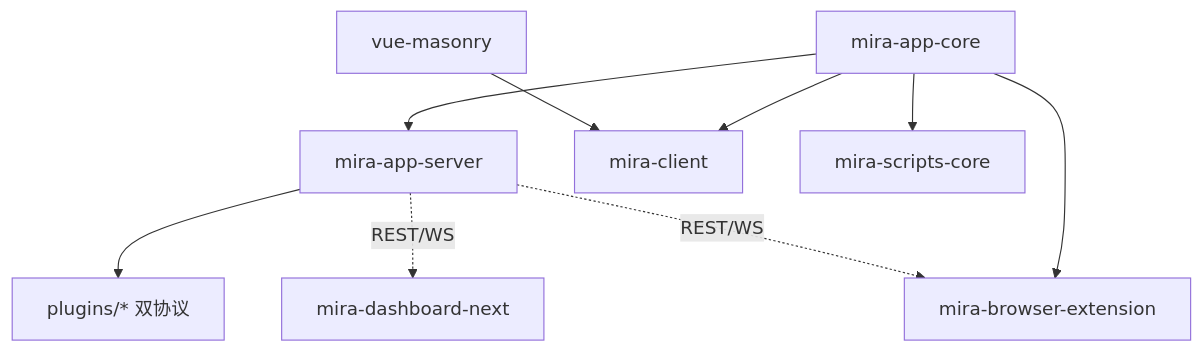
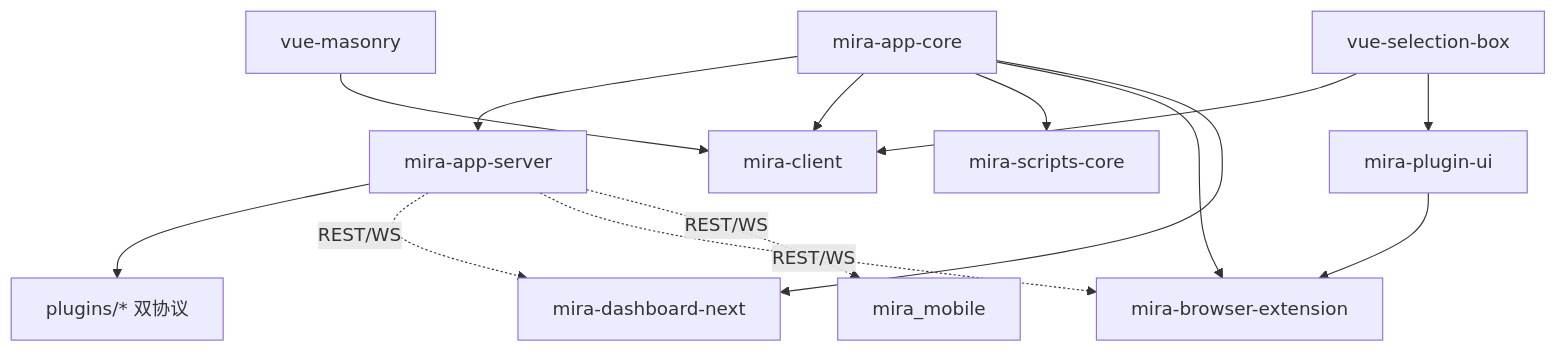
One commit to hunmer/mira changed the diagram in CLAUDE.md. Above: the diagram before and after it, drawn with Mermaid. The commit also changed other lines of this file and 124 other files, not shown here.

````diff
--- a/CLAUDE.md
+++ b/CLAUDE.md
@@ -50,11 +54,16 @@
 ```mermaid
 graph TD
   core[mira-app-core] --> server[mira-app-server]
   core --> client[mira-client]
   core --> scripts[mira-scripts-core]
   core --> ext[mira-browser-extension]
+  core --> dash[mira-dashboard-next]
   vmason[vue-masonry] --> client
+  vsel[vue-selection-box] --> client
+  vsel --> pui[mira-plugin-ui]
+  pui --> ext
   server --> plugins[plugins/* 双协议]
-  server -.REST/WS.-> dash[mira-dashboard-next]
+  server -.REST/WS.-> dash
   server -.REST/WS.-> ext
+  server -.REST/WS.-> mobile[mira_mobile]
 ```
````
